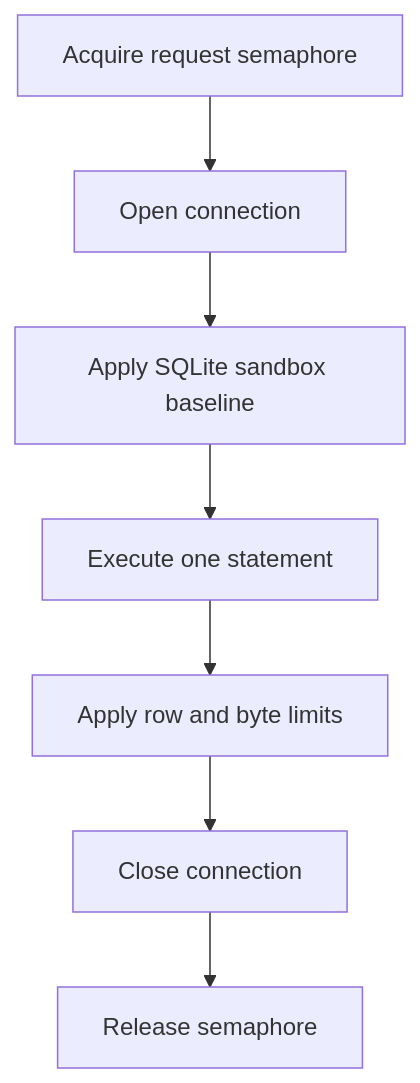
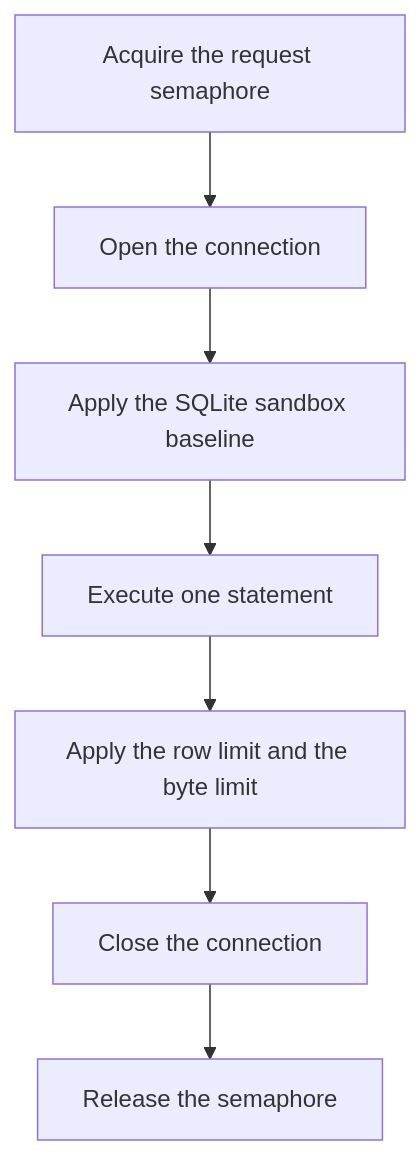
The first of 2 diagrams in .lode/plans/design/connection-policy.md (xakpc/sqlite-mcp-sidecar), drawn with Mermaid before and after one commit. The commit also changed other lines of this file and 28 other files, not shown here.

````diff
--- a/.lode/plans/design/connection-policy.md
+++ b/.lode/plans/design/connection-policy.md
@@ -39,9 +50,9 @@
 ```mermaid
 flowchart TD
-    acquire[Acquire request semaphore] --> open[Open connection]
-    open --> harden[Apply SQLite sandbox baseline]
+    acquire[Acquire the request semaphore] --> open[Open the connection]
+    open --> harden[Apply the SQLite sandbox baseline]
     harden --> exec[Execute one statement]
-    exec --> bound[Apply row and byte limits]
-    bound --> close[Close connection]
-    close --> release[Release semaphore]
+    exec --> bound[Apply the row limit and the byte limit]
+    bound --> close[Close the connection]
+    close --> release[Release the semaphore]
 ```
````
